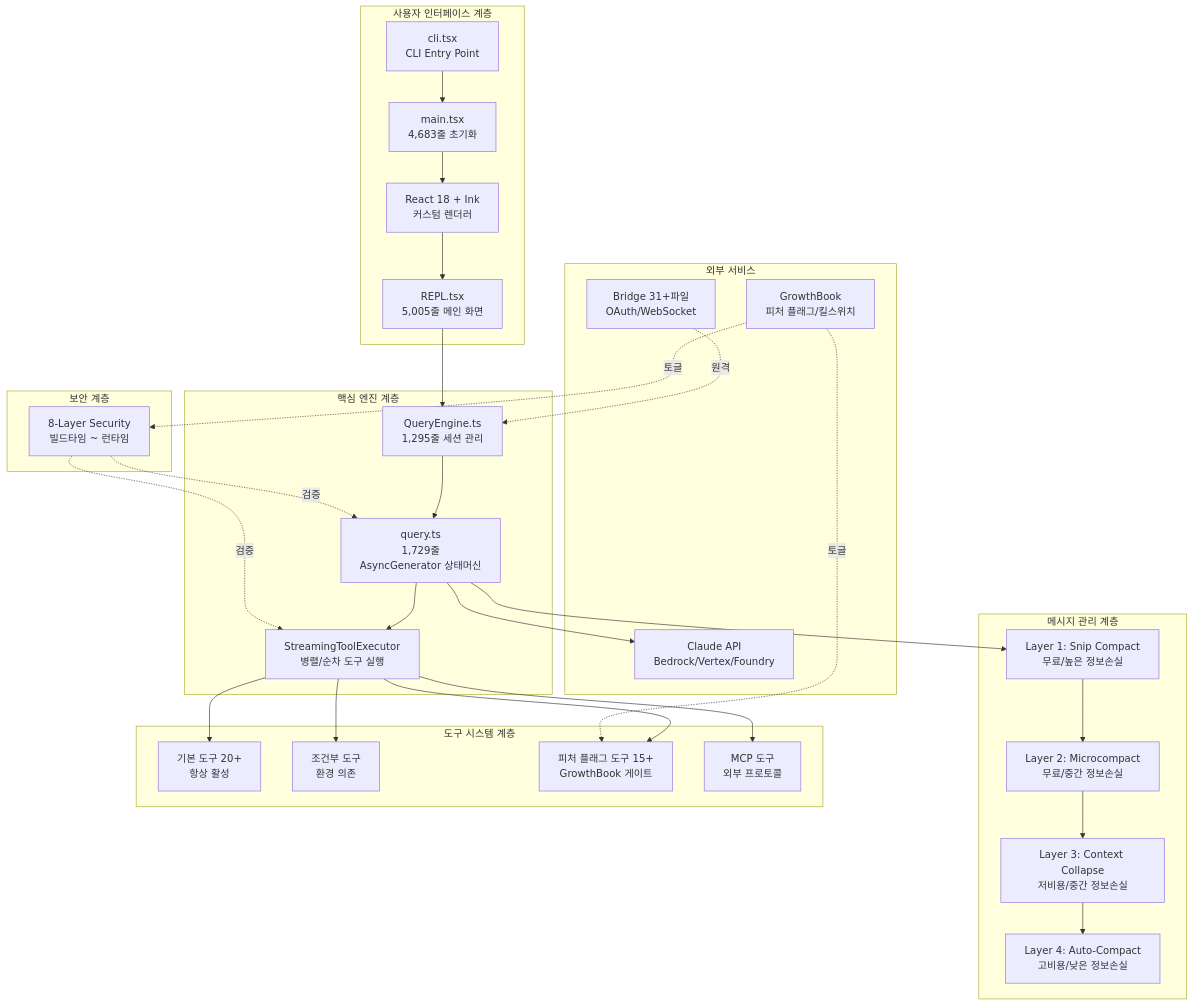
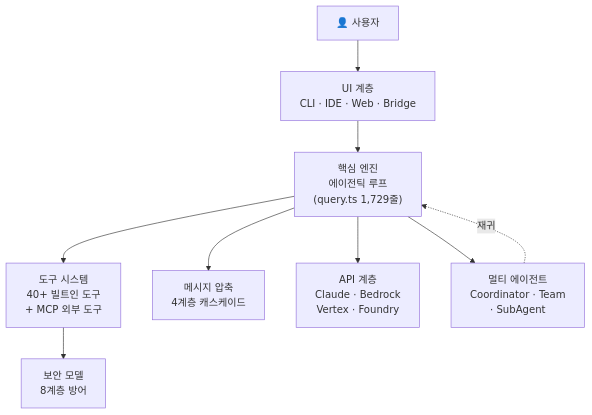
Before and after one commit to eldanscript/AllAroundAgent: the first of 6 diagrams in anatomy-claude-code/ANALYSIS-A.md, drawn with Mermaid. The commit also changed other lines of this file and 1 other file, not shown here.

First line of the commit message:
Simplify architecture diagram to modular top-down structure

````diff
--- a/anatomy-claude-code/ANALYSIS-A.md
+++ b/anatomy-claude-code/ANALYSIS-A.md
@@ -486,50 +251,11 @@
 ```mermaid
 graph TB
-    subgraph "사용자 인터페이스 계층"
-        CLI["cli.tsx<br/>CLI Entry Point"]
-        MAIN["main.tsx<br/>4,683줄 초기화"]
-        INK["React 18 + Ink<br/>커스텀 렌더러"]
-        REPL["REPL.tsx<br/>5,005줄 메인 화면"]
-    end
-
-    subgraph "핵심 엔진 계층"
-        QE["QueryEngine.ts<br/>1,295줄 세션 관리"]
-        Q["query.ts<br/>1,729줄<br/>AsyncGenerator 상태머신"]
-        STE["StreamingToolExecutor<br/>병렬/순차 도구 실행"]
-    end
-
-    subgraph "메시지 관리 계층"
-        SNIP["Layer 1: Snip Compact<br/>무료/높은 정보손실"]
-        MICRO["Layer 2: Microcompact<br/>무료/중간 정보손실"]
-        CC["Layer 3: Context Collapse<br/>저비용/중간 정보손실"]
-        AC["Layer 4: Auto-Compact<br/>고비용/낮은 정보손실"]
-    end
-
-    subgraph "도구 시스템 계층"
-        BUILTIN["기본 도구 20+<br/>항상 활성"]
-        COND["조건부 도구<br/>환경 의존"]
-        FF["피처 플래그 도구 15+<br/>GrowthBook 게이트"]
-        MCP["MCP 도구<br/>외부 프로토콜"]
-    end
-
-    subgraph "보안 계층"
-        SEC["8-Layer Security<br/>빌드타임 ~ 런타임"]
-    end
-
-    subgraph "외부 서비스"
-        API["Claude API<br/>Bedrock/Vertex/Foundry"]
-        GB["GrowthBook<br/>피처 플래그/킬스위치"]
-        BRIDGE["Bridge 31+파일<br/>OAuth/WebSocket"]
-    end
-
-    CLI --> MAIN --> INK --> REPL
-    REPL --> QE
-    QE --> Q
-    Q --> STE
-    Q --> SNIP --> MICRO --> CC --> AC
-    STE --> BUILTIN & COND & FF & MCP
-    Q --> API
-    SEC -.->|검증| Q & STE
-    GB -.->|토글| FF & SEC
-    BRIDGE -.->|원격| QE
+    USER["👤 사용자"] --> UI["UI 계층<br/>CLI · IDE · Web · Bridge"]
+    UI --> ENGINE["핵심 엔진<br/>에이전틱 루프<br/>(query.ts 1,729줄)"]
+    ENGINE --> TOOLS["도구 시스템<br/>40+ 빌트인 도구<br/>+ MCP 외부 도구"]
+    ENGINE --> COMPACT["메시지 압축<br/>4계층 캐스케이드"]
+    ENGINE --> API["API 계층<br/>Claude · Bedrock<br/>Vertex · Foundry"]
+    TOOLS --> SECURITY["보안 모델<br/>8계층 방어"]
+    ENGINE --> MULTI["멀티 에이전트<br/>Coordinator · Team<br/>· SubAgent"]
+    MULTI -.->|"재귀"| ENGINE
 ```
````
